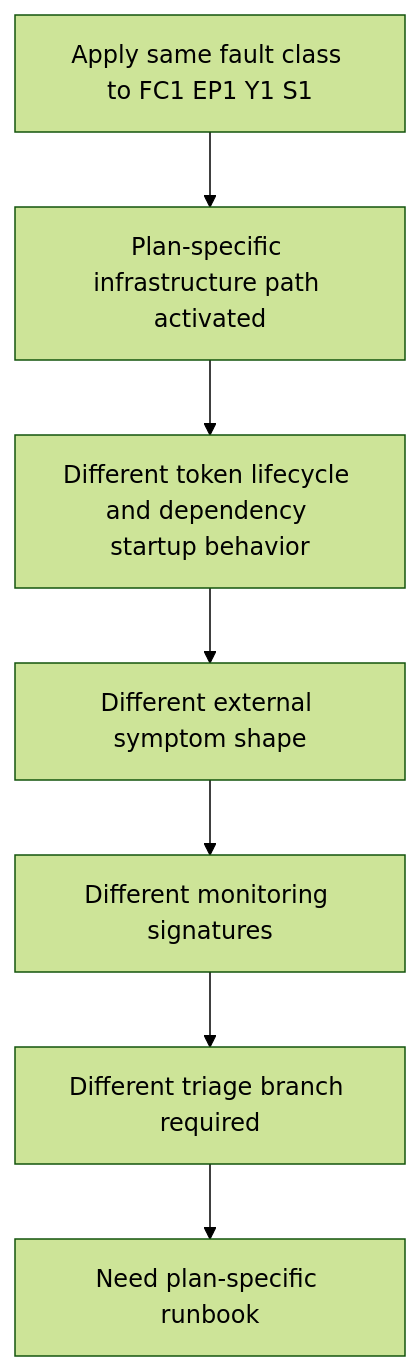
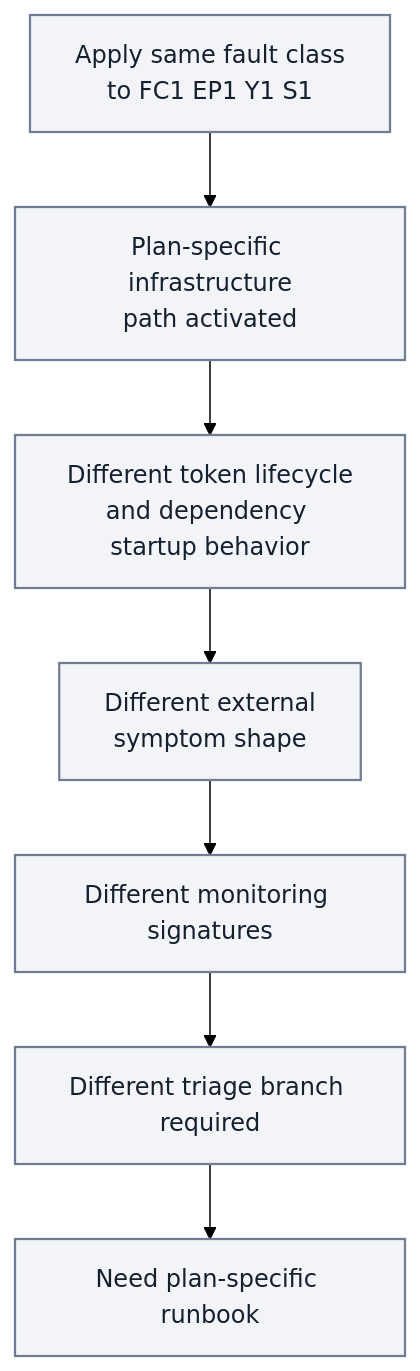
Before and after one commit to yeongseon/azure-functions-practical-guide: the second of 3 diagrams in docs/troubleshooting/lab-guides/hosting-plan-security-matrix.md, drawn with Mermaid (forest theme). The commit also changed other lines of this file and 3 other files, not shown here.

First line of the commit message:
docs(diagrams): migrate Functions lab other — hosting plan comparison matrix and hosting plan security matrix and related diagnostics (#442)

````diff
--- a/docs/troubleshooting/lab-guides/hosting-plan-security-matrix.md
+++ b/docs/troubleshooting/lab-guides/hosting-plan-security-matrix.md
@@ -223,9 +258,13 @@
 ```mermaid
 flowchart TD
-    A[Apply same fault class to FC1 EP1 Y1 S1] --> B[Plan-specific infrastructure path activated]
-    B --> C[Different token lifecycle and dependency startup behavior]
-    C --> D[Different external symptom shape]
-    D --> E[Different monitoring signatures]
-    E --> F[Different triage branch required]
-    F --> G[Need plan-specific runbook]
+    accTitle: Cross-plan fault hypothesis chain
+    accDescr: The lab hypothesis links fault class, plan-specific infrastructure, token lifecycle and startup dependencies, external symptoms, monitoring, triage and runbooks. This is a proposed causal chain, not new execution evidence.
+    A["Apply same fault class<br/>to FC1 EP1 Y1 S1"] --> B["Plan-specific infrastructure<br/>path activated"]
+    B --> C["Different token lifecycle<br/>and dependency startup behavior"]
+    C --> D["Different external<br/>symptom shape"]
+    D --> E["Different monitoring signatures"]
+    E --> F["Different triage branch required"]
+    F --> G["Need plan-specific runbook"]
+    classDef neutral fill:#f2f4f8,stroke:#707e93,stroke-width:1.5px,color:#14202e;
+    class A,B,C,D,E,F,G neutral;
 ```
````
